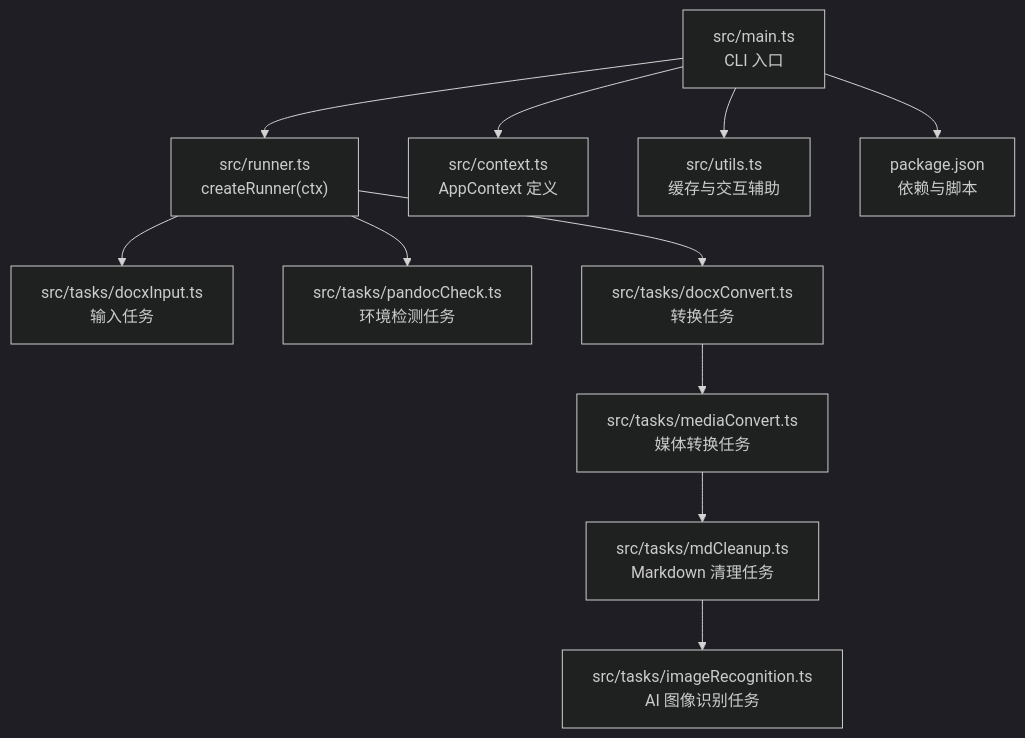
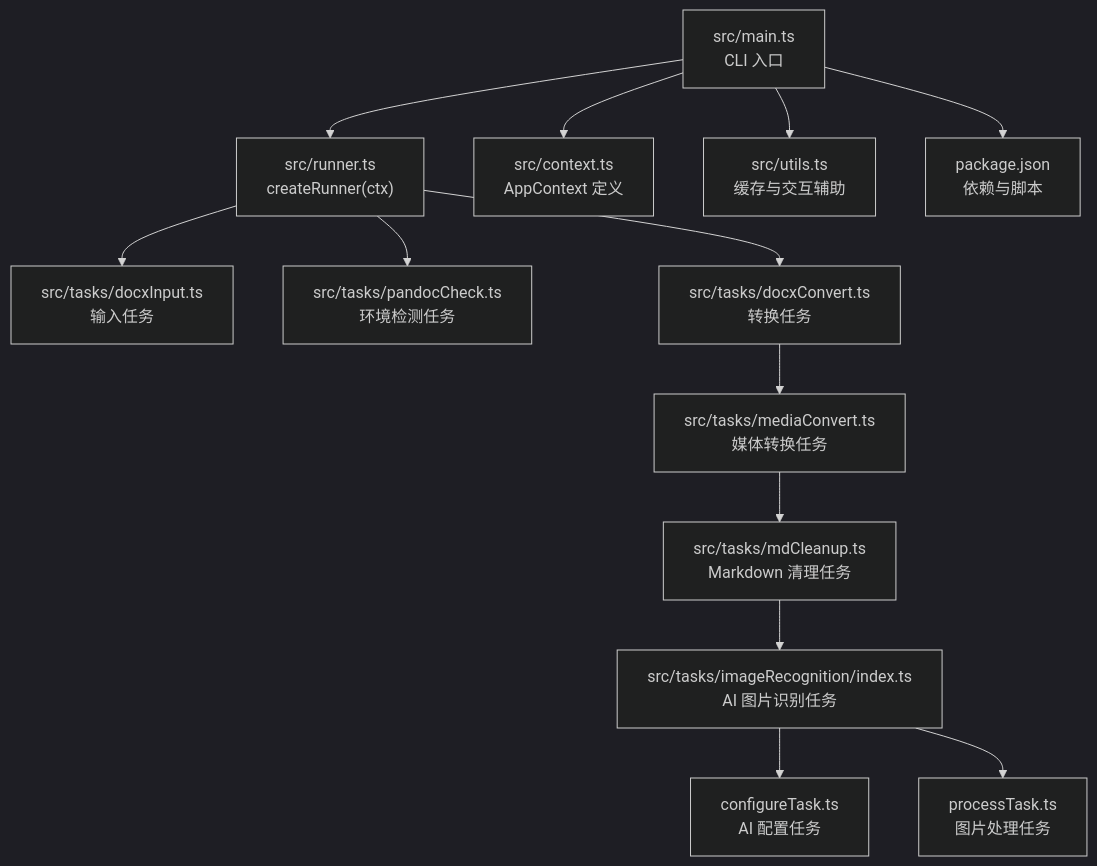
One commit to hllshiro/doc2md-cli changed the first of 4 diagrams in .qoder/repowiki/zh/content/核心架构设计/任务系统架构.md. Above: the diagram before and after it, drawn with Mermaid (dark theme). The commit also changed other lines of this file and 2 other files, not shown here.

First line of the commit message:
refactor(imageRecognition): 重构AI图像识别任务为模块化架构

````diff
--- a/.qoder/repowiki/zh/content/核心架构设计/任务系统架构.md
+++ b/.qoder/repowiki/zh/content/核心架构设计/任务系统架构.md
@@ -51,13 +57,15 @@
 ```mermaid
 graph TB
 A["src/main.ts<br/>CLI 入口"] --> B["src/runner.ts<br/>createRunner(ctx)"]
 B --> C["src/tasks/docxInput.ts<br/>输入任务"]
 B --> D["src/tasks/pandocCheck.ts<br/>环境检测任务"]
 B --> E["src/tasks/docxConvert.ts<br/>转换任务"]
 E --> F["src/tasks/mediaConvert.ts<br/>媒体转换任务"]
 F --> G["src/tasks/mdCleanup.ts<br/>Markdown 清理任务"]
-G --> H["src/tasks/imageRecognition.ts<br/>AI 图像识别任务"]
+G --> H["src/tasks/imageRecognition/index.ts<br/>AI 图片识别任务"]
+H --> H1["configureTask.ts<br/>AI 配置任务"]
+H --> H2["processTask.ts<br/>图片处理任务"]
 A --> I["src/context.ts<br/>AppContext 定义"]
 A --> J["src/utils.ts<br/>缓存与交互辅助"]
 A --> K["package.json<br/>依赖与脚本"]
 ```
````
